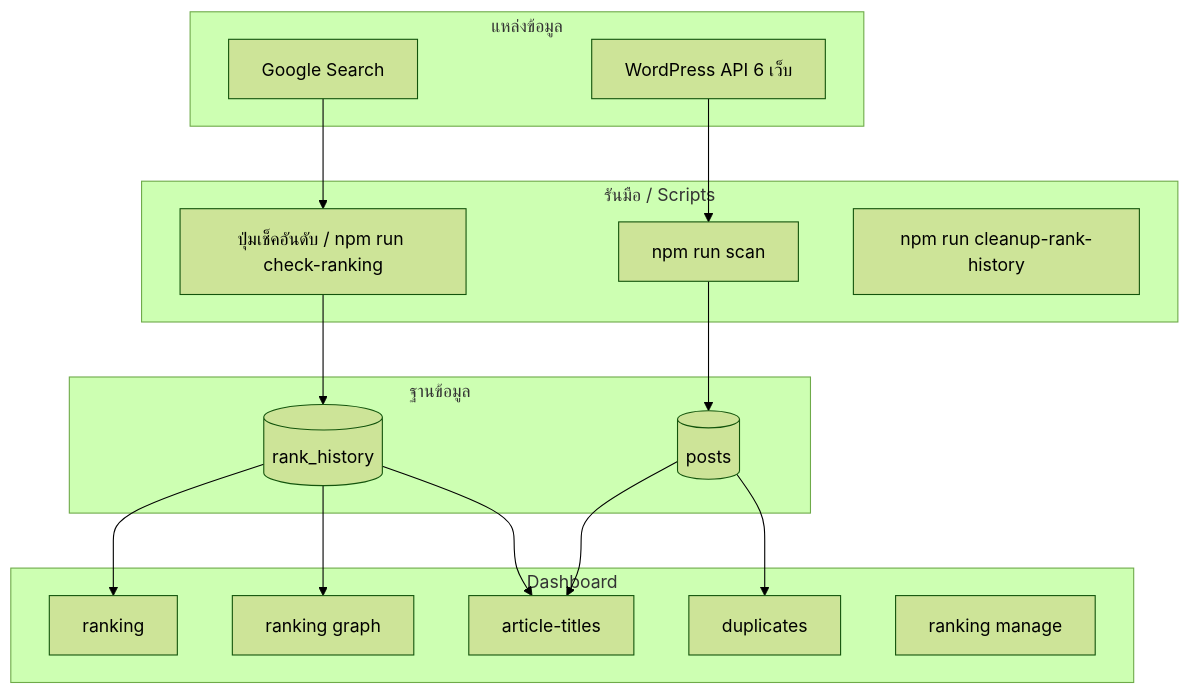
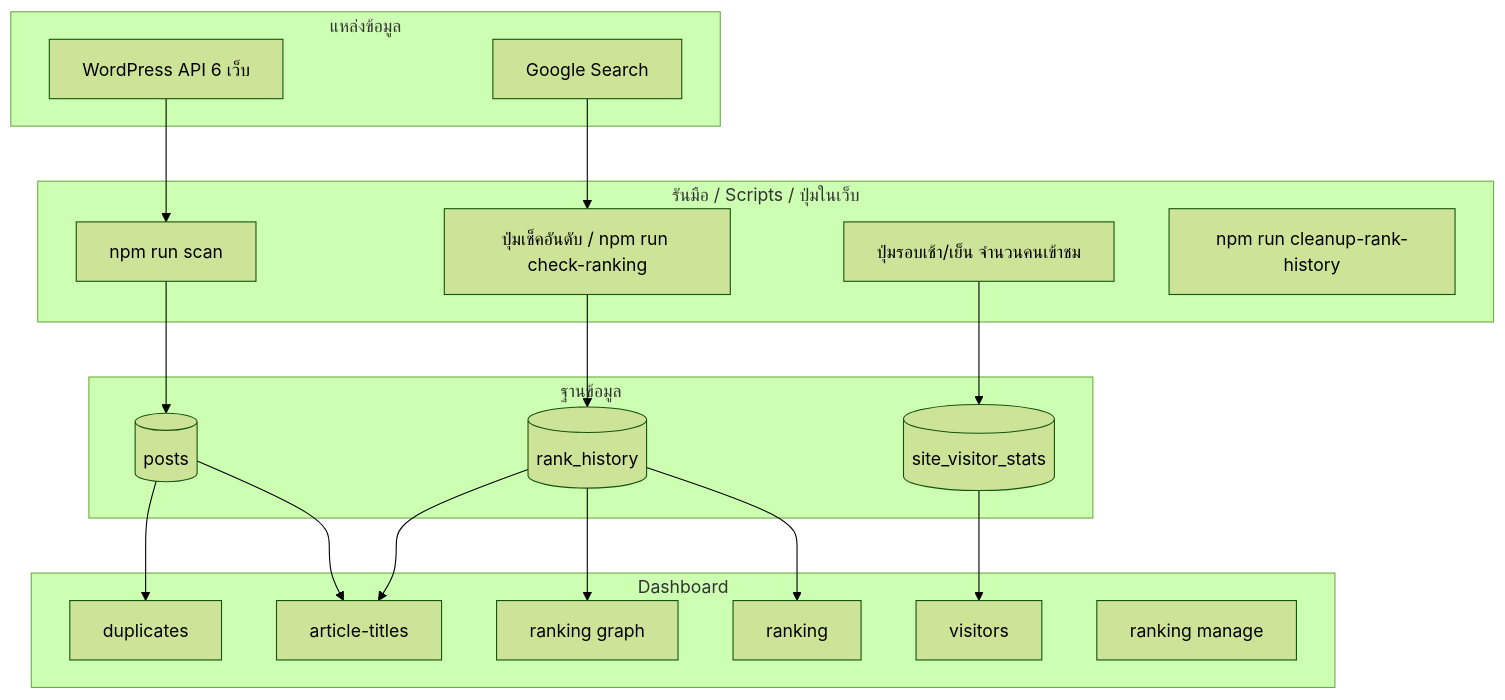
The first of 2 diagrams in README.md (Blltxp/SEO_SYSTEM), drawn with Mermaid (forest theme) before and after one commit. The commit also changed other lines of this file and 8 other files, not shown here.

````diff
--- a/README.md
+++ b/README.md
@@ -136,34 +146,39 @@
 ```mermaid
 flowchart TB
     subgraph Input["แหล่งข้อมูล"]
         WP[WordPress API 6 เว็บ]
         Google[Google Search]
     end
 
-    subgraph Manual["รันมือ / Scripts"]
+    subgraph Manual["รันมือ / Scripts / ปุ่มในเว็บ"]
         Scan[npm run scan]
         Rank[ปุ่มเช็คอันดับ / npm run check-ranking]
+        VisitorCheck[ปุ่มรอบเช้า/เย็น จำนวนคนเข้าชม]
         Cleanup[npm run cleanup-rank-history]
     end
 
     subgraph Data["ฐานข้อมูล"]
         Posts[(posts)]
         RankHistory[(rank_history)]
+        VisitorStats[(site_visitor_stats)]
     end
 
     subgraph Dashboard["Dashboard"]
         R1[ranking]
         R2[ranking graph]
+        V[visitors]
         A[article-titles]
         D[duplicates]
         M[ranking manage]
     end
 
     WP --> Scan --> Posts
     Google --> Rank --> RankHistory
     Posts --> A
     Posts --> D
     RankHistory --> R1
     RankHistory --> R2
     RankHistory --> A
+    VisitorCheck --> VisitorStats
+    VisitorStats --> V
 ```
````
